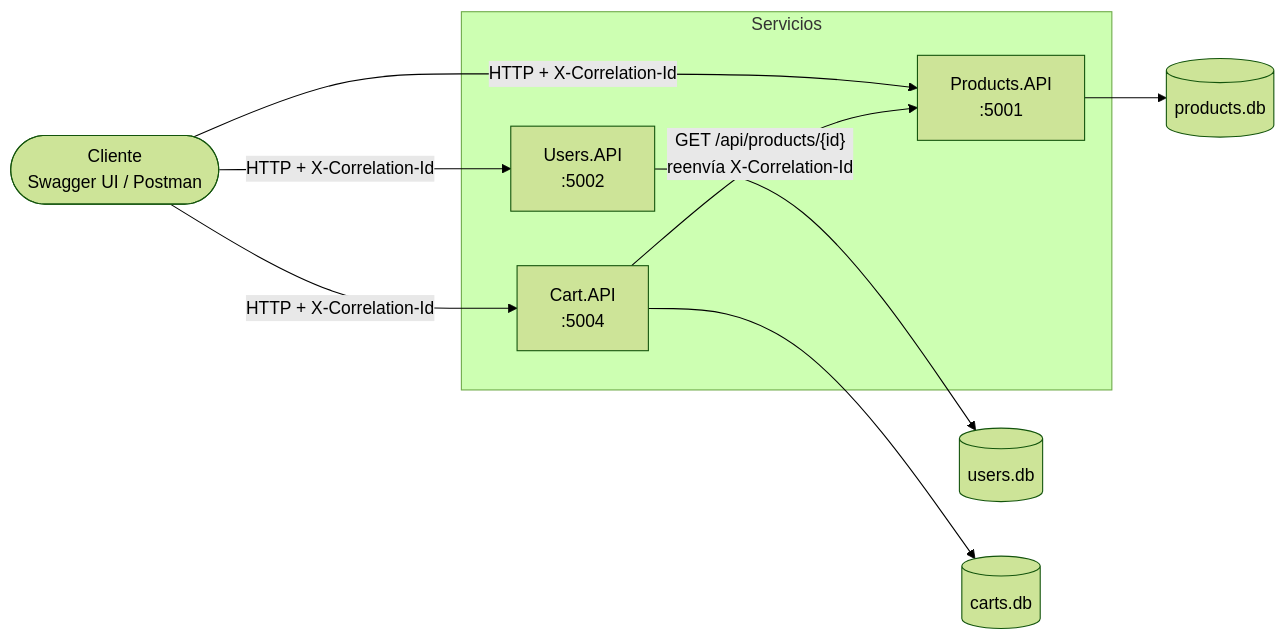
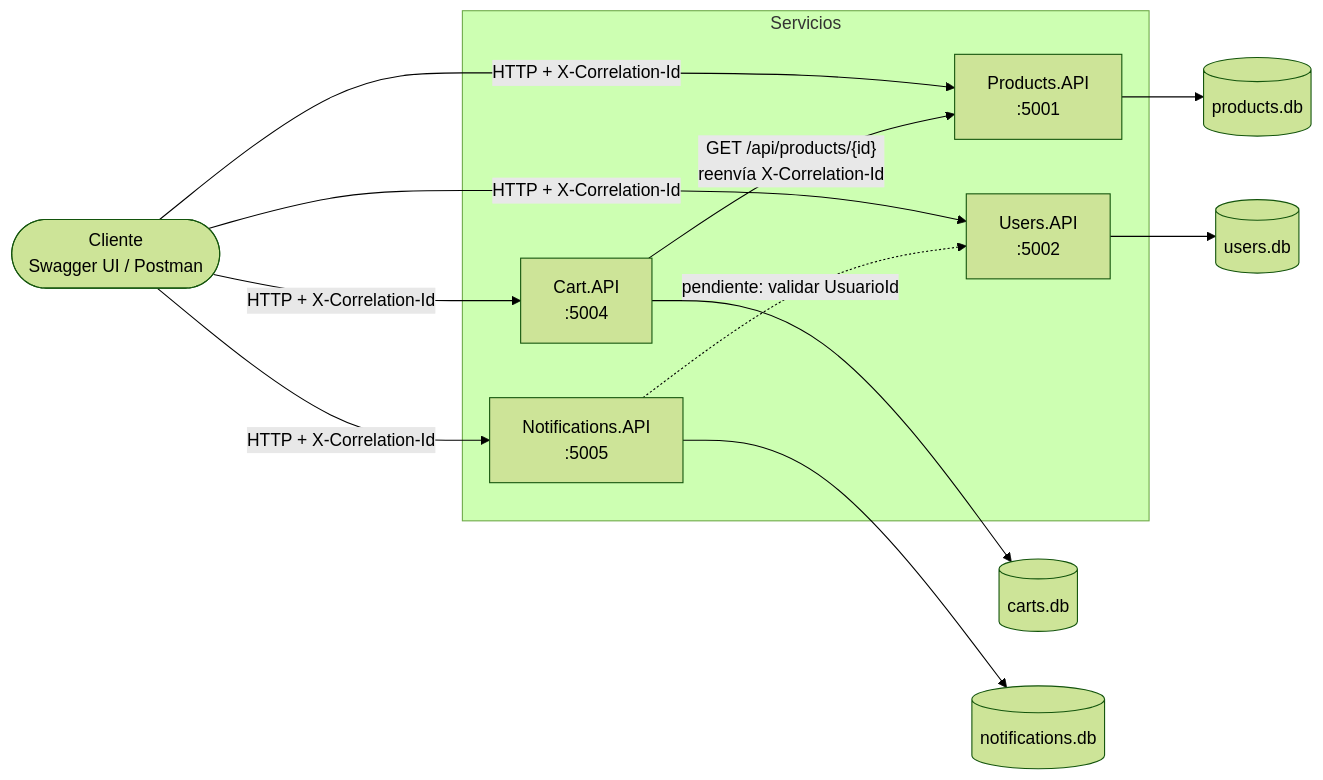
Before and after one commit to robertoetcheverryr/ECommerce13: the diagram in README.md, drawn with Mermaid (forest theme). The commit also changed other lines of this file and 3 other files, not shown here.

````diff
--- a/README.md
+++ b/README.md
@@ -34,24 +34,29 @@
 ```mermaid
 flowchart LR
     Cliente([Cliente<br/>Swagger UI / Postman])
 
     subgraph Servicios
         P[Products.API<br/>:5001]
         U[Users.API<br/>:5002]
         C[Cart.API<br/>:5004]
+        N[Notifications.API<br/>:5005]
     end
 
     PDB[(products.db)]
     UDB[(users.db)]
     CDB[(carts.db)]
+    NDB[(notifications.db)]
 
     Cliente -->|HTTP + X-Correlation-Id| P
     Cliente -->|HTTP + X-Correlation-Id| U
     Cliente -->|HTTP + X-Correlation-Id| C
+    Cliente -->|HTTP + X-Correlation-Id| N
 
     P --> PDB
     U --> UDB
     C --> CDB
+    N --> NDB
 
     C -->|"GET /api/products/{id}<br/>reenvía X-Correlation-Id<br/>"| P
+    N -.->|"pendiente: validar UsuarioId"| U
 ```
````
